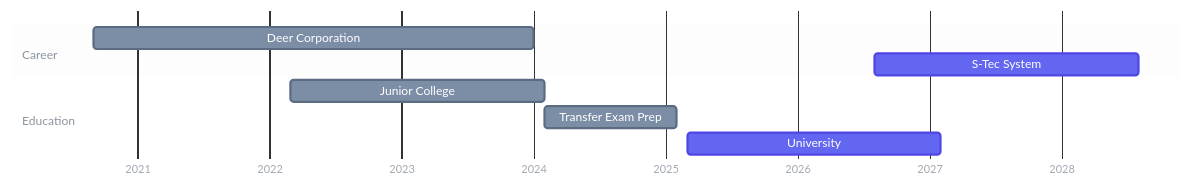
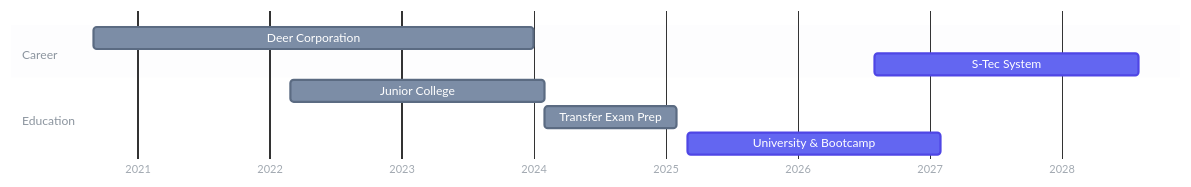
The diagram in README.md (Hwasowl/Hwasowl), drawn with Mermaid before and after one commit.

Commit message:
Update University entry in README.md

````diff
--- a/README.md
+++ b/README.md
@@ -3,31 +3,31 @@
 ```mermaid
 %%{init: {'theme':'base', 'themeVariables': {
   'fontFamily': '-apple-system, Segoe UI, sans-serif',
   'sectionBkgColor': 'rgba(139,148,158,0.08)',
   'altSectionBkgColor': 'rgba(139,148,158,0.02)',
   'gridColor': 'rgba(139,148,158,0.35)',
   'doneTaskBkgColor': '#7C8DA6',
   'doneTaskBorderColor': '#5B6B82',
   'activeTaskBkgColor': '#6366F1',
   'activeTaskBorderColor': '#4F46E5',
   'taskTextColor': '#FFFFFF',
   'taskTextDarkColor': '#FFFFFF',
   'taskTextLightColor': '#FFFFFF',
   'taskTextOutsideColor': '#8B949E',
   'sectionTitleColor': '#8B949E',
   'titleColor': '#8B949E',
   'textColor': '#8B949E',
   'todayLineColor': '#F43F5E'
 }}}%%
 gantt
     dateFormat YYYY-MM
     axisFormat %Y
     tickInterval 1year
     section Career
     Deer Corporation  :done,   2020-09, 2024-01
     S-Tec System             :active, 2026-08, 2028-08
     section Education
     Junior College :done,   2022-03, 2024-02
     Transfer Exam Prep                   :done,   2024-02, 2025-02
-    University    :active, 2025-03, 2027-02
+    University & Bootcamp    :active, 2025-03, 2027-02
 ```
````
